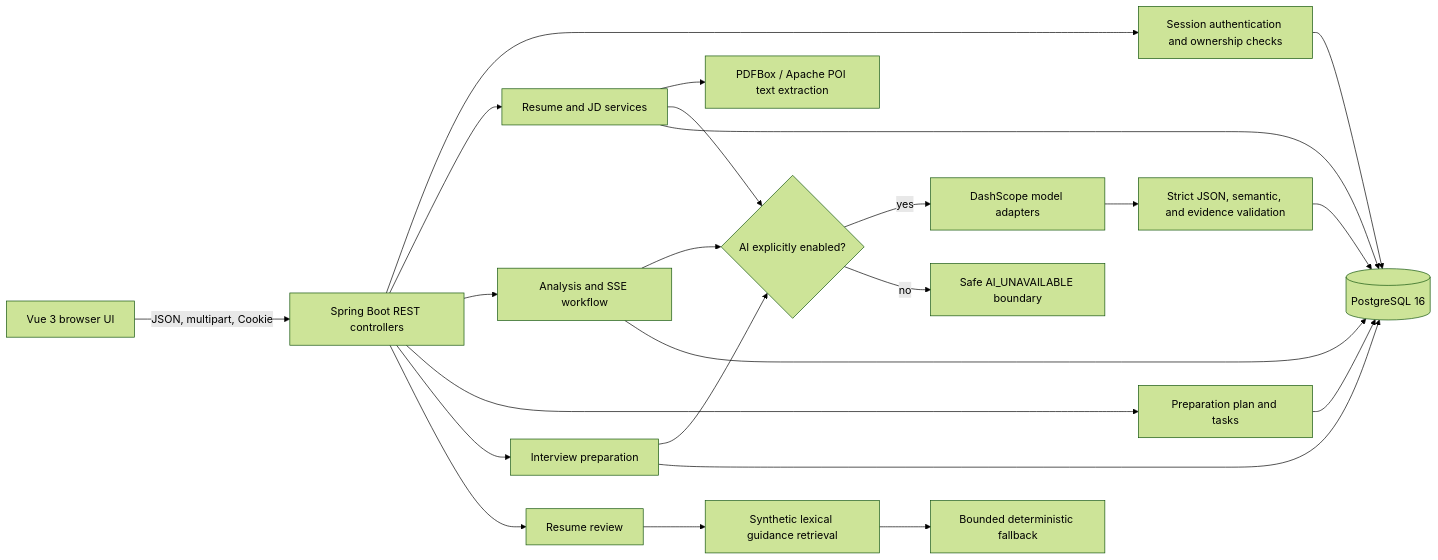
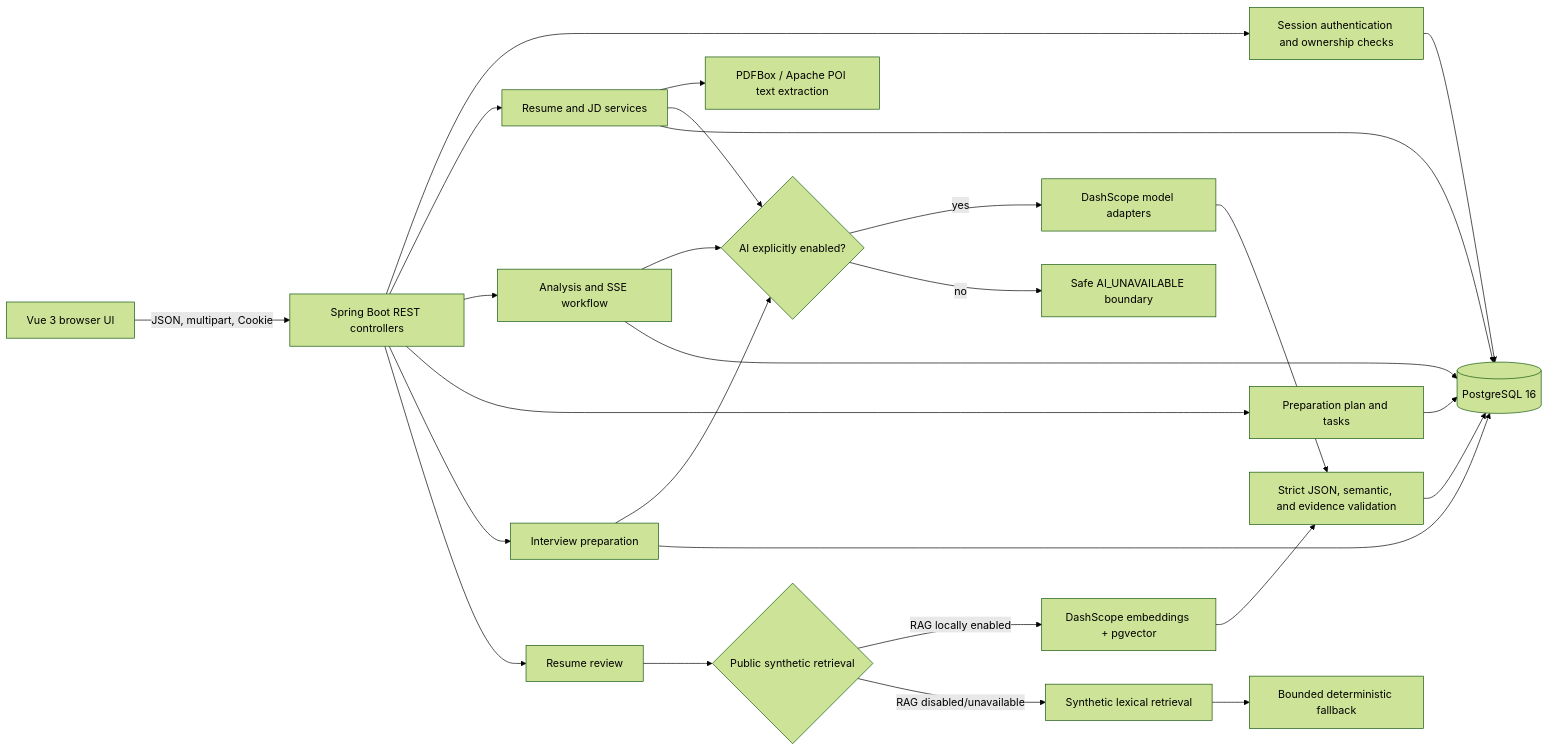
One commit to herman-li-dev/careerpilot changed the diagram in docs/portfolio-guide.md. Above: the diagram before and after it, drawn with Mermaid (forest theme). The commit also changed other lines of this file and 32 other files, not shown here.

Commit message:
Add bounded pgvector RAG to resume review

````diff
--- a/docs/portfolio-guide.md
+++ b/docs/portfolio-guide.md
@@ -24,27 +24,30 @@
 ```mermaid
 flowchart LR
     Browser[Vue 3 browser UI] -->|JSON, multipart, Cookie| API[Spring Boot REST controllers]
     API --> Auth[Session authentication and ownership checks]
     API --> Docs[Resume and JD services]
     API --> Analysis[Analysis and SSE workflow]
     API --> Plan[Preparation plan and tasks]
     API --> Interview[Interview preparation]
     API --> Review[Resume review]
 
     Docs --> Extract[PDFBox / Apache POI text extraction]
     Docs --> ModelGate{AI explicitly enabled?}
     Analysis --> ModelGate
     Interview --> ModelGate
-    Review --> Retrieval[Synthetic lexical guidance retrieval]
+    Review --> Retrieval{Public synthetic retrieval}
 
     ModelGate -->|yes| Model[DashScope model adapters]
     ModelGate -->|no| Unavailable[Safe AI_UNAVAILABLE boundary]
     Model --> Validate[Strict JSON, semantic, and evidence validation]
     Validate --> Persist[(PostgreSQL 16)]
     Auth --> Persist
     Docs --> Persist
     Analysis --> Persist
     Plan --> Persist
     Interview --> Persist
-    Retrieval --> Fallback[Bounded deterministic fallback]
+    Retrieval -->|RAG locally enabled| Vector[DashScope embeddings + pgvector]
+    Vector --> Validate
+    Retrieval -->|RAG disabled/unavailable| Lexical[Synthetic lexical retrieval]
+    Lexical --> Fallback[Bounded deterministic fallback]
 ```
````
